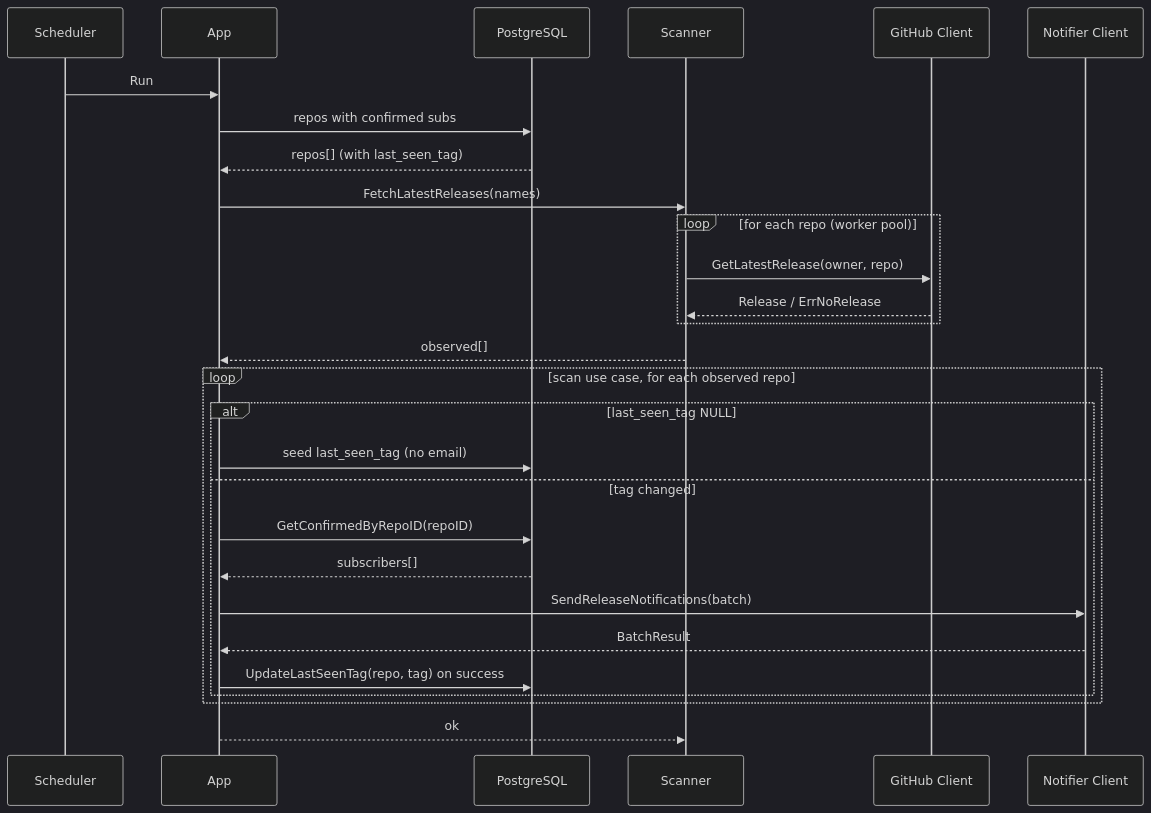
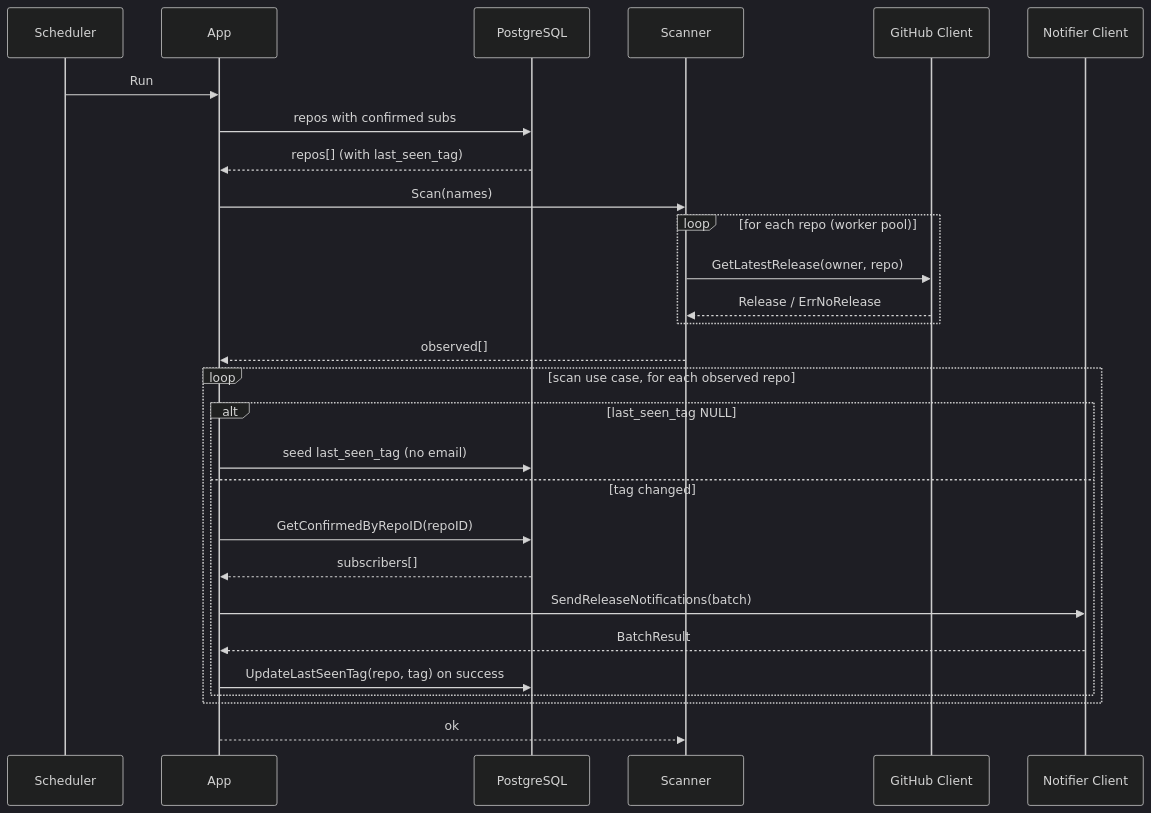
One commit to GenesisEducationKyiv/software-engineering-school-6-0-mzabrodin changed the third of 4 diagrams in docs/sdd.md. Above: the diagram before and after it, drawn with Mermaid (dark theme). The commit also changed other lines of this file and 6 other files, not shown here.

Commit message:
refactor(scanner): replace FetchLatestReleases with Scan across proto, use case, and tests

````diff
--- a/docs/sdd.md
+++ b/docs/sdd.md
@@ -179,30 +179,30 @@
 ```mermaid
 sequenceDiagram
     participant Scheduler
     participant App as App
     participant DB as PostgreSQL
     participant Scanner as Scanner
     participant GH as GitHub Client
     participant EC as Notifier Client
     Scheduler ->> App: Run
     App ->> DB: repos with confirmed subs
     DB -->> App: repos[] (with last_seen_tag)
-    App ->> Scanner: FetchLatestReleases(names)
+    App ->> Scanner: Scan(names)
     loop for each repo (worker pool)
         Scanner ->> GH: GetLatestRelease(owner, repo)
         GH -->> Scanner: Release / ErrNoRelease
     end
     Scanner -->> App: observed[]
     loop scan use case, for each observed repo
         alt last_seen_tag NULL
             App ->> DB: seed last_seen_tag (no email)
         else tag changed
             App ->> DB: GetConfirmedByRepoID(repoID)
             DB -->> App: subscribers[]
             App ->> EC: SendReleaseNotifications(batch)
             EC -->> App: BatchResult
             App ->> DB: UpdateLastSeenTag(repo, tag) on success
         end
     end
     App -->> Scanner: ok
 ```
````
